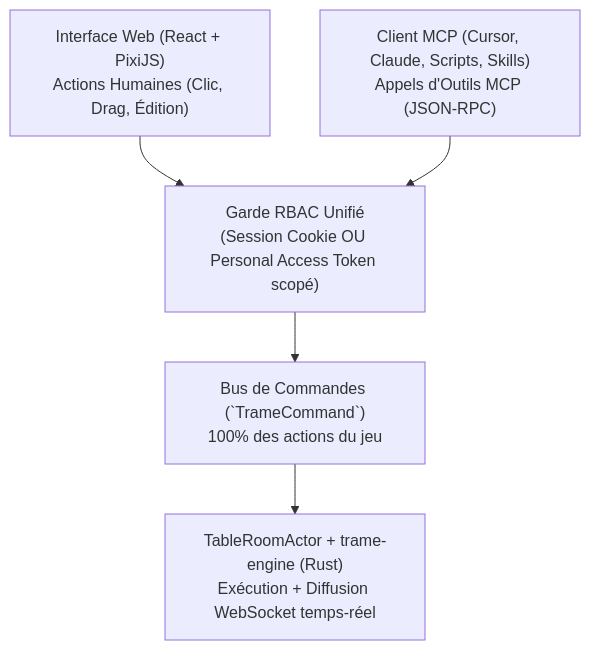
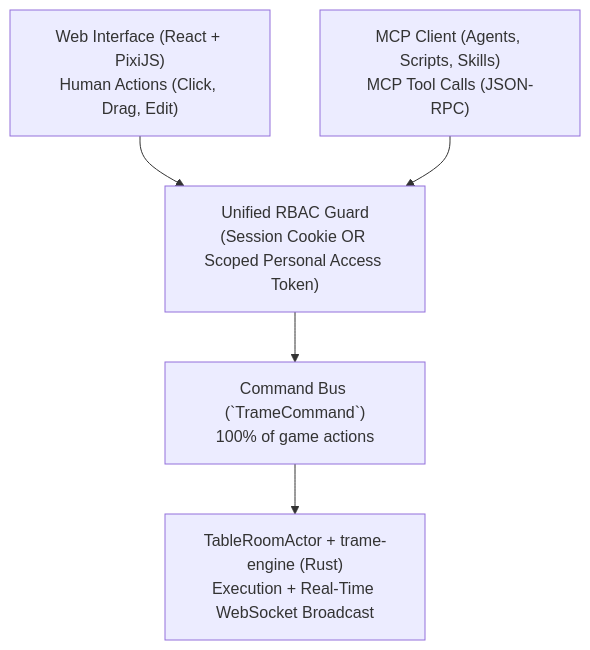
Before and after one commit to Hartorn-Inc/trame: the diagram in docs/specs/03-MCP-AND-NOTES-SPEC.md, drawn with Mermaid. The commit also changed other lines of this file and 29 other files, not shown here.

Commit message:
docs: translate all specs/ADRs to English and add architectural module documentation

````diff
--- a/docs/specs/03-MCP-AND-NOTES-SPEC.md
+++ b/docs/specs/03-MCP-AND-NOTES-SPEC.md
@@ -13,13 +13,13 @@
 ```mermaid
 graph TB
-    UI["Interface Web (React + PixiJS)\nActions Humaines (Clic, Drag, Édition)"]
-    MCP["Client MCP (Cursor, Claude, Scripts, Skills)\nAppels d'Outils MCP (JSON-RPC)"]
-    Auth["Garde RBAC Unifié\n(Session Cookie OU Personal Access Token scopé)"]
-    Bus["Bus de Commandes (`TrameCommand`)\n100% des actions du jeu"]
-    Engine["TableRoomActor + trame-engine (Rust)\nExécution + Diffusion WebSocket temps-réel"]
+    UI["Web Interface (React + PixiJS)\nHuman Actions (Click, Drag, Edit)"]
+    MCP["MCP Client (Agents, Scripts, Skills)\nMCP Tool Calls (JSON-RPC)"]
+    Auth["Unified RBAC Guard\n(Session Cookie OR Scoped Personal Access Token)"]
+    Bus["Command Bus (`TrameCommand`)\n100% of game actions"]
+    Engine["TableRoomActor + trame-engine (Rust)\nExecution + Real-Time WebSocket Broadcast"]
 
     UI --> Auth
     MCP --> Auth
     Auth --> Bus
     Bus --> Engine
 ```
````
